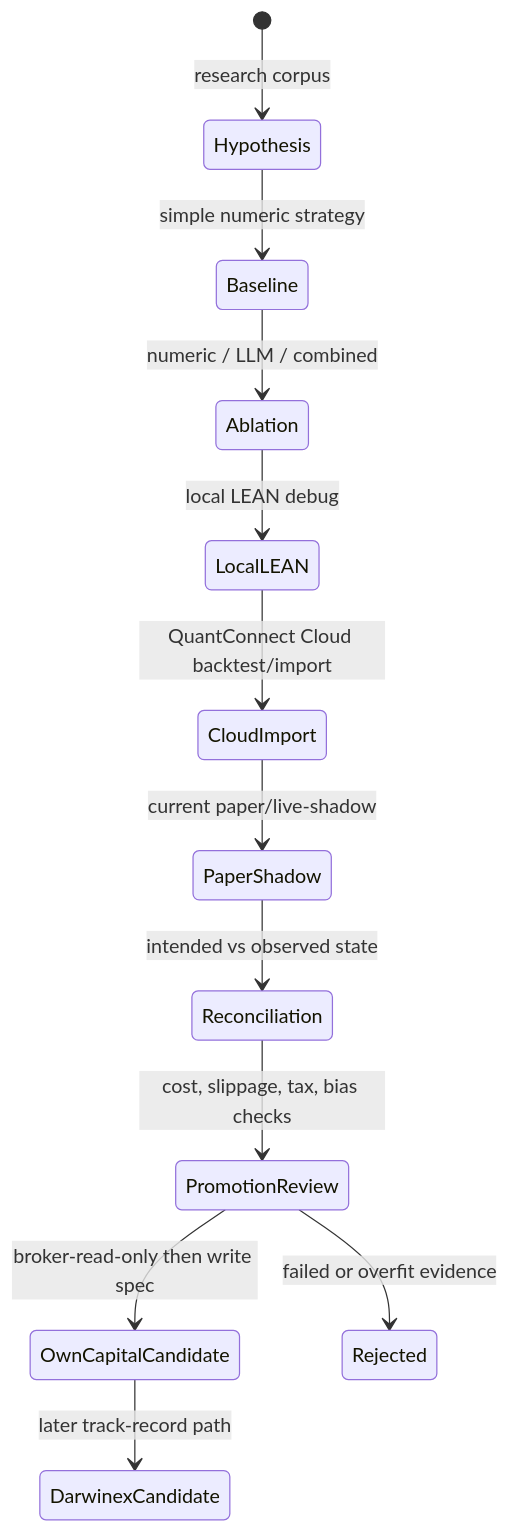
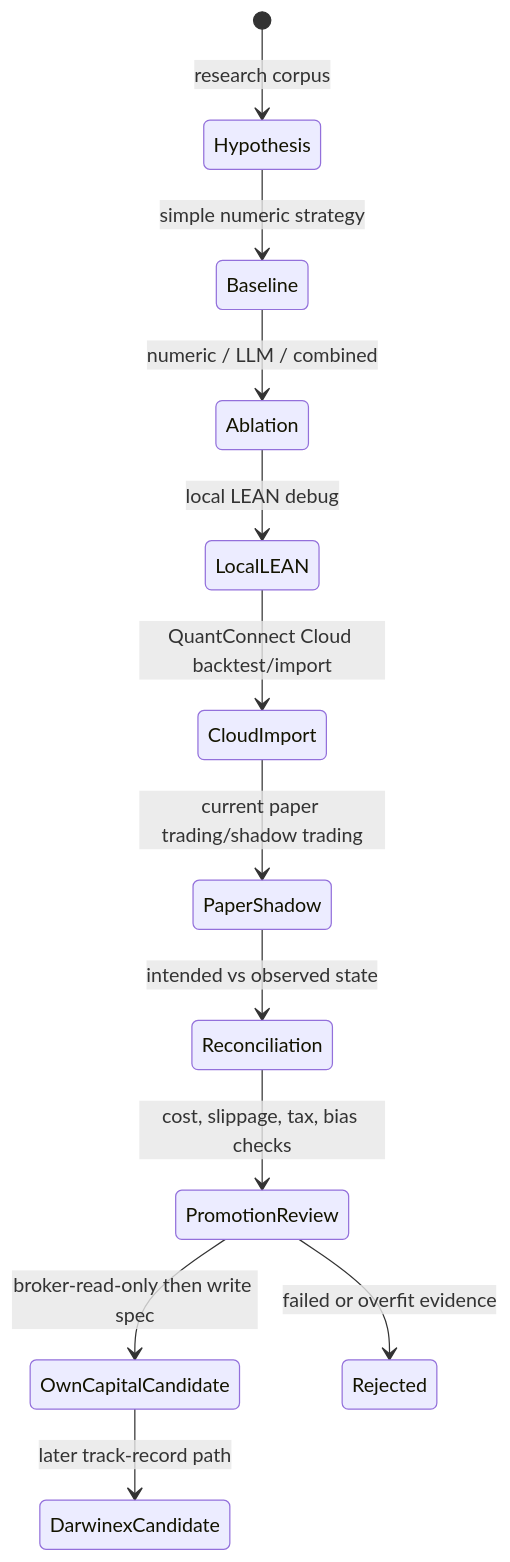
One commit to gigio1023/lincei-quant-research-engine changed the second of 2 diagrams in README.md. Above: the diagram before and after it, drawn with Mermaid. The commit also changed other lines of this file and 83 other files, not shown here.

````diff
--- a/README.md
+++ b/README.md
@@ -73,14 +73,14 @@
 ```mermaid
 stateDiagram-v2
     [*] --> Hypothesis: research corpus
     Hypothesis --> Baseline: simple numeric strategy
     Baseline --> Ablation: numeric / LLM / combined
     Ablation --> LocalLEAN: local LEAN debug
     LocalLEAN --> CloudImport: QuantConnect Cloud backtest/import
-    CloudImport --> PaperShadow: current paper/live-shadow
+    CloudImport --> PaperShadow: current paper trading/shadow trading
     PaperShadow --> Reconciliation: intended vs observed state
     Reconciliation --> PromotionReview: cost, slippage, tax, bias checks
     PromotionReview --> OwnCapitalCandidate: broker-read-only then write spec
     PromotionReview --> Rejected: failed or overfit evidence
     OwnCapitalCandidate --> DarwinexCandidate: later track-record path
 ```
````
